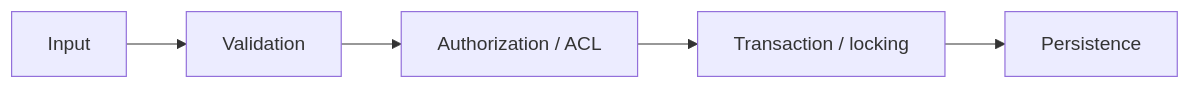
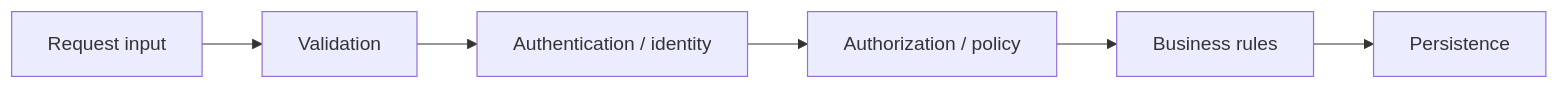
The third of 5 diagrams in documentation/handbook/40-data-entities-sppdb-and-xdb.md (shuklasp/spp), drawn with Mermaid before and after one commit. The commit also changed other lines of this file, not shown here.

Commit message:
docs: reconcile persistence architecture branch

````diff
--- a/documentation/handbook/40-data-entities-sppdb-and-xdb.md
+++ b/documentation/handbook/40-data-entities-sppdb-and-xdb.md
@@ -335,7 +86,8 @@
 ```mermaid
 flowchart LR
-    A[Input] --> B[Validation]
-    B --> C[Authorization / ACL]
-    C --> D[Transaction / locking]
-    D --> E[Persistence]
+    A[Request input] --> B[Validation]
+    B --> C[Authentication / identity]
+    C --> D[Authorization / policy]
+    D --> E[Business rules]
+    E --> F[Persistence]
 ```
````
